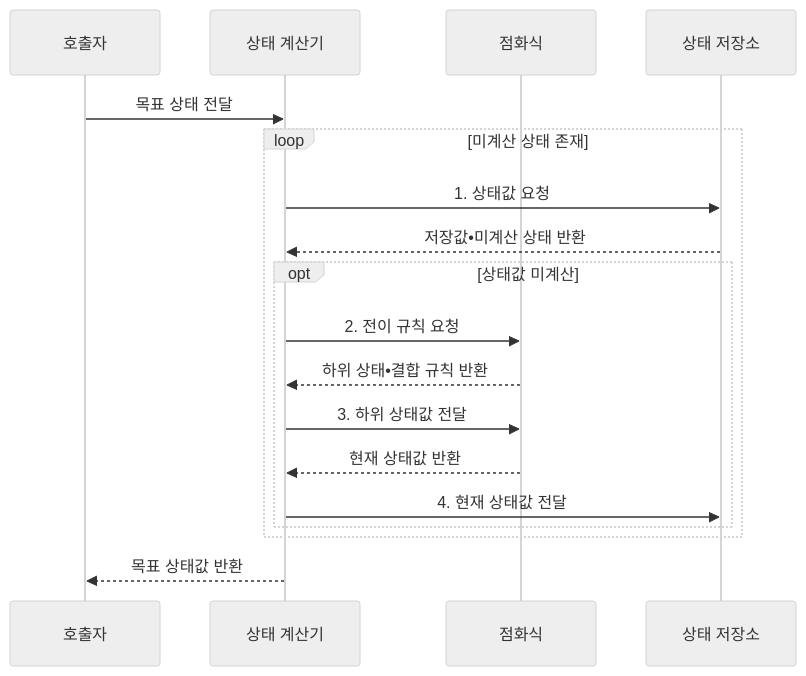
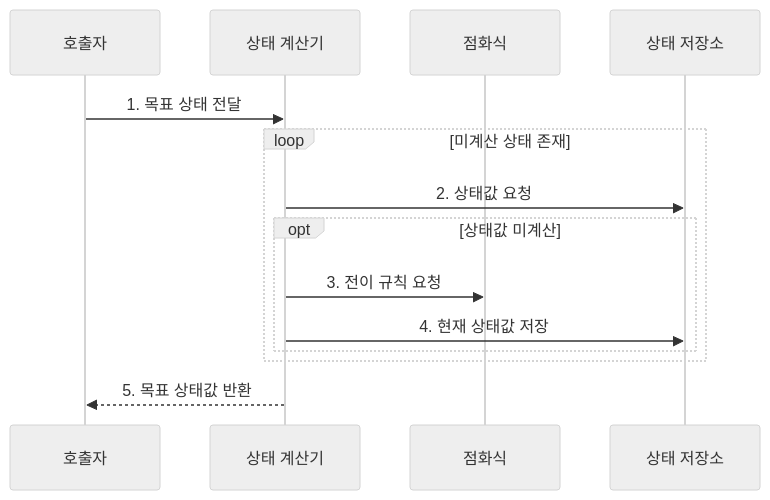
One commit to agnusdei1207/knowledge-base changed the second of 2 diagrams in src/content/docs/notes/01-basic-theory/013_dynamic_programming.md. Above: the diagram before and after it, drawn with Mermaid (neutral theme). The commit also changed other lines of this file and 28 other files, not shown here.

````diff
--- a/src/content/docs/notes/01-basic-theory/013_dynamic_programming.md
+++ b/src/content/docs/notes/01-basic-theory/013_dynamic_programming.md
@@ -78,20 +78,16 @@
 ```mermaid
 sequenceDiagram
     participant Q as 호출자
     participant P as 상태 계산기
     participant R as 점화식
     participant M as 상태 저장소
-    Q->>P: 목표 상태 전달
+    Q->>P: 1. 목표 상태 전달
     loop 미계산 상태 존재
-        P->>M: 1. 상태값 요청
-        M-->>P: 저장값•미계산 상태 반환
+        P->>M: 2. 상태값 요청
         opt 상태값 미계산
-            P->>R: 2. 전이 규칙 요청
-            R-->>P: 하위 상태•결합 규칙 반환
-            P->>R: 3. 하위 상태값 전달
-            R-->>P: 현재 상태값 반환
-            P->>M: 4. 현재 상태값 전달
+            P->>R: 3. 전이 규칙 요청
+            P->>M: 4. 현재 상태값 저장
         end
     end
-    P-->>Q: 목표 상태값 반환
+    P-->>Q: 5. 목표 상태값 반환
 ```
````
